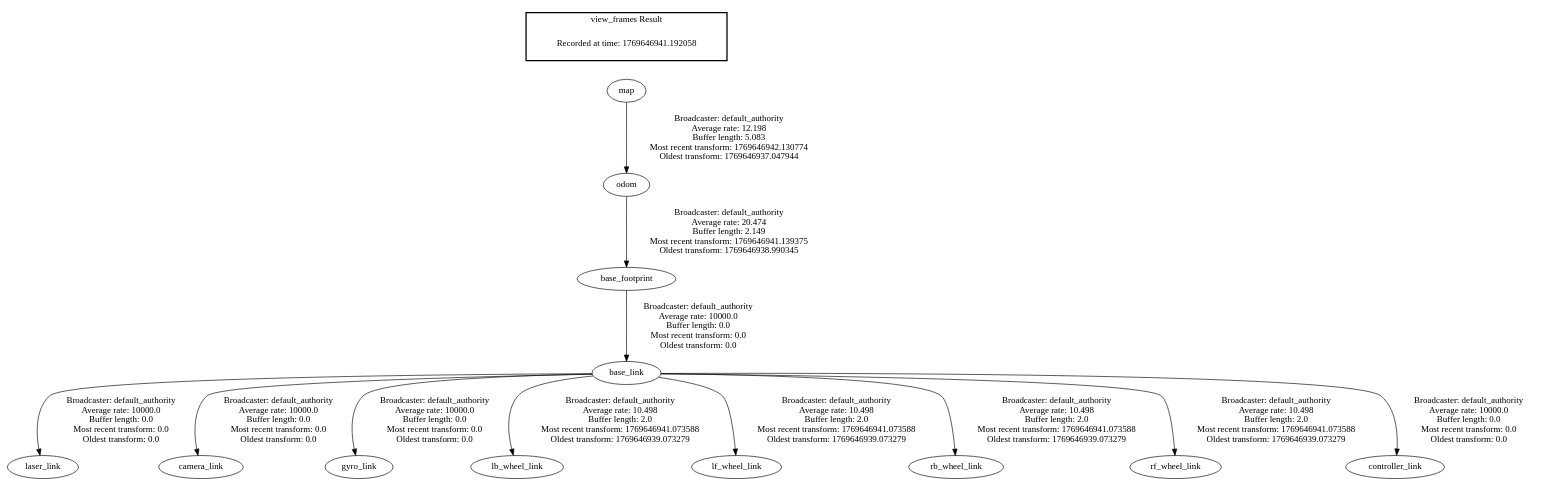
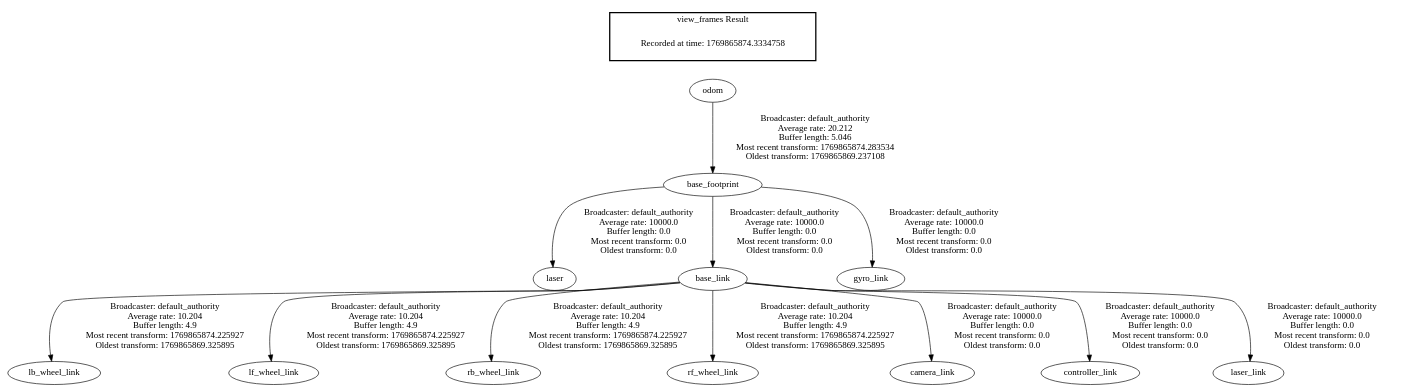
One commit to ROBOT-GEEL/Rosbotje1 changed the diagram in frames.gv. Above: the diagram before and after it, drawn with Graphviz. The commit also changed 15 other files, not shown here.

Commit message:
Fix: gmapping laser_link en base_frame en odom_frame aangepast

```diff
--- a/frames.gv
+++ b/frames.gv
@@ -1,17 +1,17 @@
 digraph G {
+"odom" -> "base_footprint"[label=" Broadcaster: default_authority\nAverage rate: 20.212\nBuffer length: 5.046\nMost recent transform: 1769865874.283534\nOldest transform: 1769865869.237108\n"];
+"base_footprint" -> "laser"[label=" Broadcaster: default_authority\nAverage rate: 10000.0\nBuffer length: 0.0\nMost recent transform: 0.0\nOldest transform: 0.0\n"];
+"base_footprint" -> "base_link"[label=" Broadcaster: default_authority\nAverage rate: 10000.0\nBuffer length: 0.0\nMost recent transform: 0.0\nOldest transform: 0.0\n"];
+"base_footprint" -> "gyro_link"[label=" Broadcaster: default_authority\nAverage rate: 10000.0\nBuffer length: 0.0\nMost recent transform: 0.0\nOldest transform: 0.0\n"];
+"base_link" -> "lb_wheel_link"[label=" Broadcaster: default_authority\nAverage rate: 10.204\nBuffer length: 4.9\nMost recent transform: 1769865874.225927\nOldest transform: 1769865869.325895\n"];
+"base_link" -> "lf_wheel_link"[label=" Broadcaster: default_authority\nAverage rate: 10.204\nBuffer length: 4.9\nMost recent transform: 1769865874.225927\nOldest transform: 1769865869.325895\n"];
+"base_link" -> "rb_wheel_link"[label=" Broadcaster: default_authority\nAverage rate: 10.204\nBuffer length: 4.9\nMost recent transform: 1769865874.225927\nOldest transform: 1769865869.325895\n"];
+"base_link" -> "rf_wheel_link"[label=" Broadcaster: default_authority\nAverage rate: 10.204\nBuffer length: 4.9\nMost recent transform: 1769865874.225927\nOldest transform: 1769865869.325895\n"];
+"base_link" -> "camera_link"[label=" Broadcaster: default_authority\nAverage rate: 10000.0\nBuffer length: 0.0\nMost recent transform: 0.0\nOldest transform: 0.0\n"];
+"base_link" -> "controller_link"[label=" Broadcaster: default_authority\nAverage rate: 10000.0\nBuffer length: 0.0\nMost recent transform: 0.0\nOldest transform: 0.0\n"];
 "base_link" -> "laser_link"[label=" Broadcaster: default_authority\nAverage rate: 10000.0\nBuffer length: 0.0\nMost recent transform: 0.0\nOldest transform: 0.0\n"];
-"base_footprint" -> "base_link"[label=" Broadcaster: default_authority\nAverage rate: 10000.0\nBuffer length: 0.0\nMost recent transform: 0.0\nOldest transform: 0.0\n"];
-"odom" -> "base_footprint"[label=" Broadcaster: default_authority\nAverage rate: 20.474\nBuffer length: 2.149\nMost recent transform: 1769646941.139375\nOldest transform: 1769646938.990345\n"];
-"base_link" -> "camera_link"[label=" Broadcaster: default_authority\nAverage rate: 10000.0\nBuffer length: 0.0\nMost recent transform: 0.0\nOldest transform: 0.0\n"];
-"base_link" -> "gyro_link"[label=" Broadcaster: default_authority\nAverage rate: 10000.0\nBuffer length: 0.0\nMost recent transform: 0.0\nOldest transform: 0.0\n"];
-"map" -> "odom"[label=" Broadcaster: default_authority\nAverage rate: 12.198\nBuffer length: 5.083\nMost recent transform: 1769646942.130774\nOldest transform: 1769646937.047944\n"];
-"base_link" -> "lb_wheel_link"[label=" Broadcaster: default_authority\nAverage rate: 10.498\nBuffer length: 2.0\nMost recent transform: 1769646941.073588\nOldest transform: 1769646939.073279\n"];
-"base_link" -> "lf_wheel_link"[label=" Broadcaster: default_authority\nAverage rate: 10.498\nBuffer length: 2.0\nMost recent transform: 1769646941.073588\nOldest transform: 1769646939.073279\n"];
-"base_link" -> "rb_wheel_link"[label=" Broadcaster: default_authority\nAverage rate: 10.498\nBuffer length: 2.0\nMost recent transform: 1769646941.073588\nOldest transform: 1769646939.073279\n"];
-"base_link" -> "rf_wheel_link"[label=" Broadcaster: default_authority\nAverage rate: 10.498\nBuffer length: 2.0\nMost recent transform: 1769646941.073588\nOldest transform: 1769646939.073279\n"];
-"base_link" -> "controller_link"[label=" Broadcaster: default_authority\nAverage rate: 10000.0\nBuffer length: 0.0\nMost recent transform: 0.0\nOldest transform: 0.0\n"];
 edge [style=invis];
  subgraph cluster_legend { style=bold; color=black; label ="view_frames Result";
-"Recorded at time: 1769646941.192058"[ shape=plaintext ] ;
-}->"map";
+"Recorded at time: 1769865874.3334758"[ shape=plaintext ] ;
+}->"odom";
 }
```
